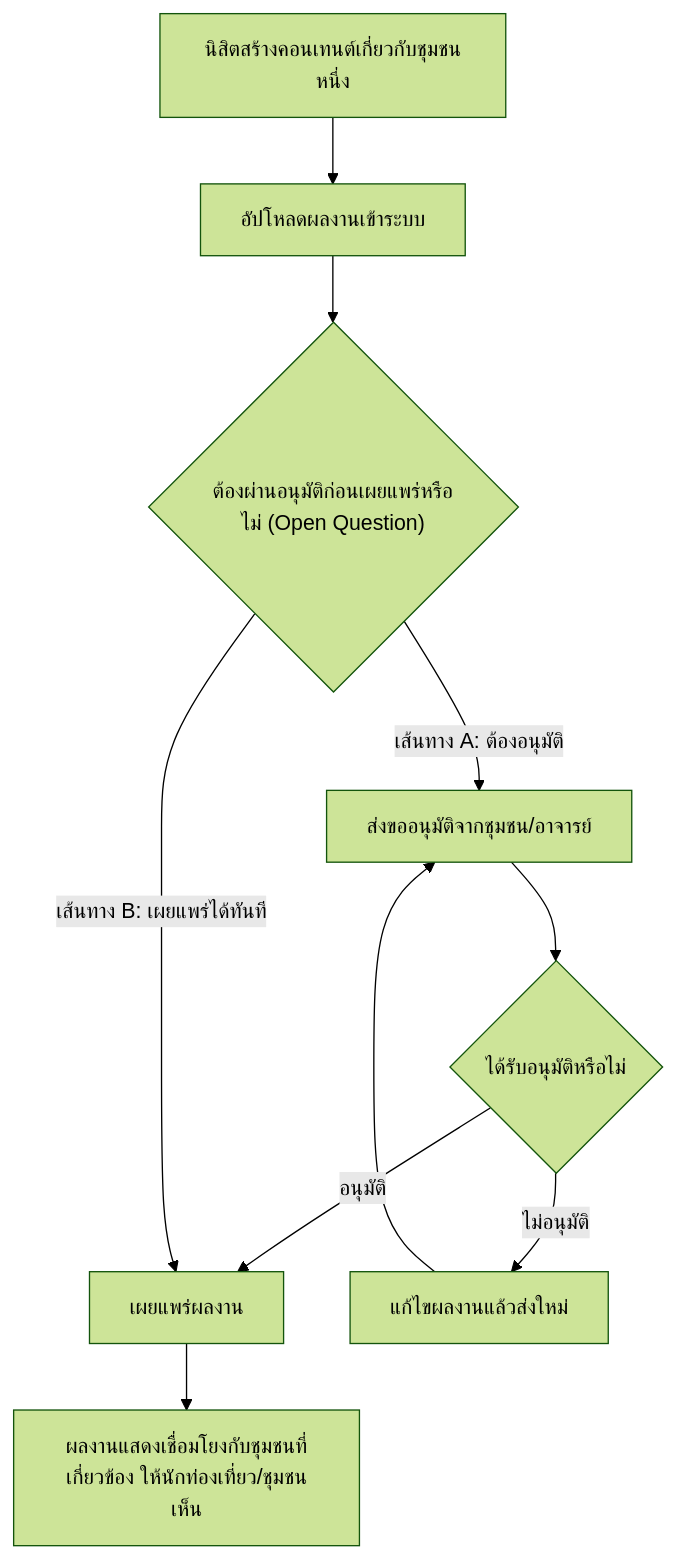
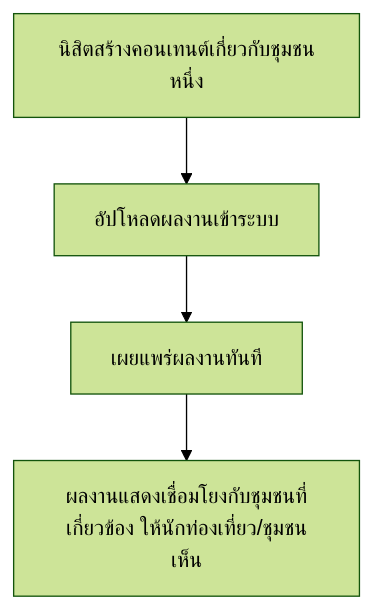
Before and after one commit to b5810202241-cpu/Local-Story-Hub: the diagram in docs/02-design/01-prototypes/student-content-journey.md, drawn with Mermaid (forest theme). The commit also changed other lines of this file and 4 other files, not shown here.

First line of the commit message:
Resolve student-approval open question: publish immediately, no review

````diff
--- a/docs/02-design/01-prototypes/student-content-journey.md
+++ b/docs/02-design/01-prototypes/student-content-journey.md
@@ -10,12 +10,6 @@
 ```mermaid
 flowchart TD
   A["นิสิตสร้างคอนเทนต์เกี่ยวกับชุมชนหนึ่ง"] --> B["อัปโหลดผลงานเข้าระบบ"]
-  B --> C{"ต้องผ่านอนุมัติก่อนเผยแพร่หรือไม่ (Open Question)"}
-  C -- "เส้นทาง A: ต้องอนุมัติ" --> D["ส่งขออนุมัติจากชุมชน/อาจารย์"]
-  D --> E{"ได้รับอนุมัติหรือไม่"}
-  E -- อนุมัติ --> F["เผยแพร่ผลงาน"]
-  E -- ไม่อนุมัติ --> G["แก้ไขผลงานแล้วส่งใหม่"]
-  G --> D
-  C -- "เส้นทาง B: เผยแพร่ได้ทันที" --> F
-  F --> H["ผลงานแสดงเชื่อมโยงกับชุมชนที่เกี่ยวข้อง ให้นักท่องเที่ยว/ชุมชนเห็น"]
+  B --> C["เผยแพร่ผลงานทันที"]
+  C --> D["ผลงานแสดงเชื่อมโยงกับชุมชนที่เกี่ยวข้อง ให้นักท่องเที่ยว/ชุมชนเห็น"]
 ```
````
